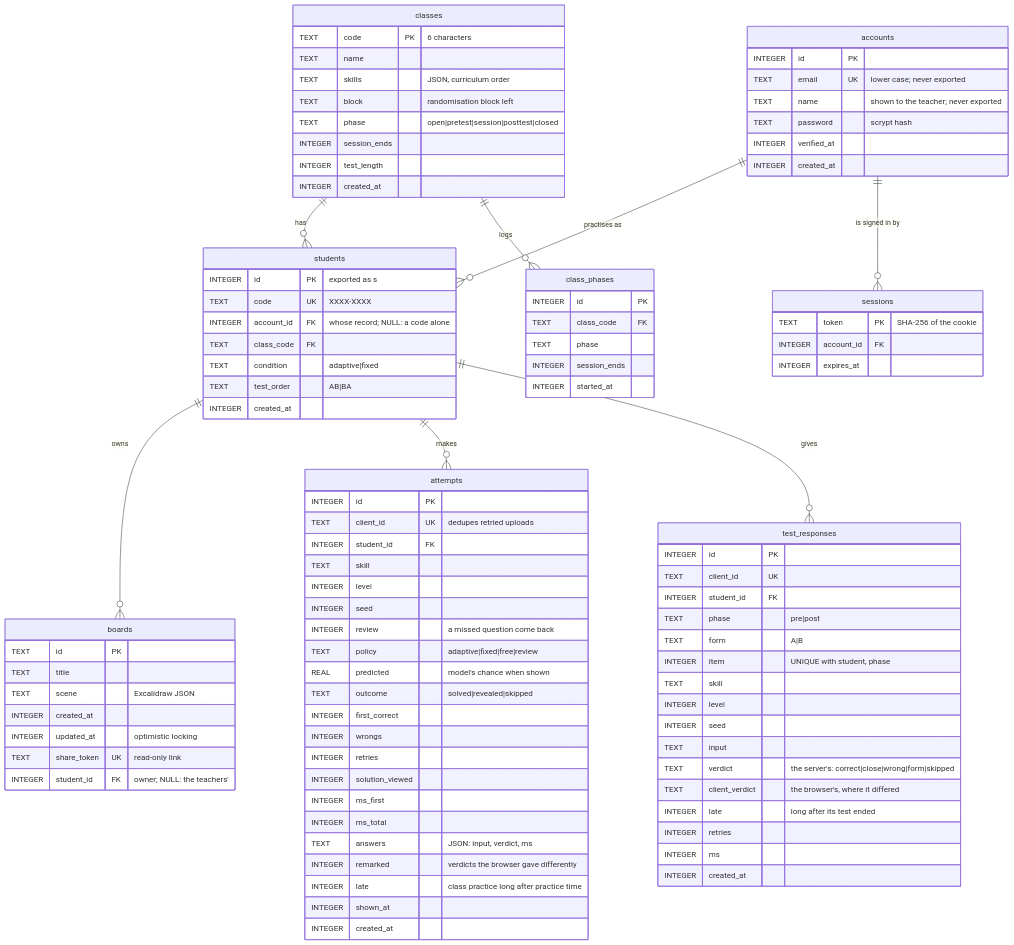
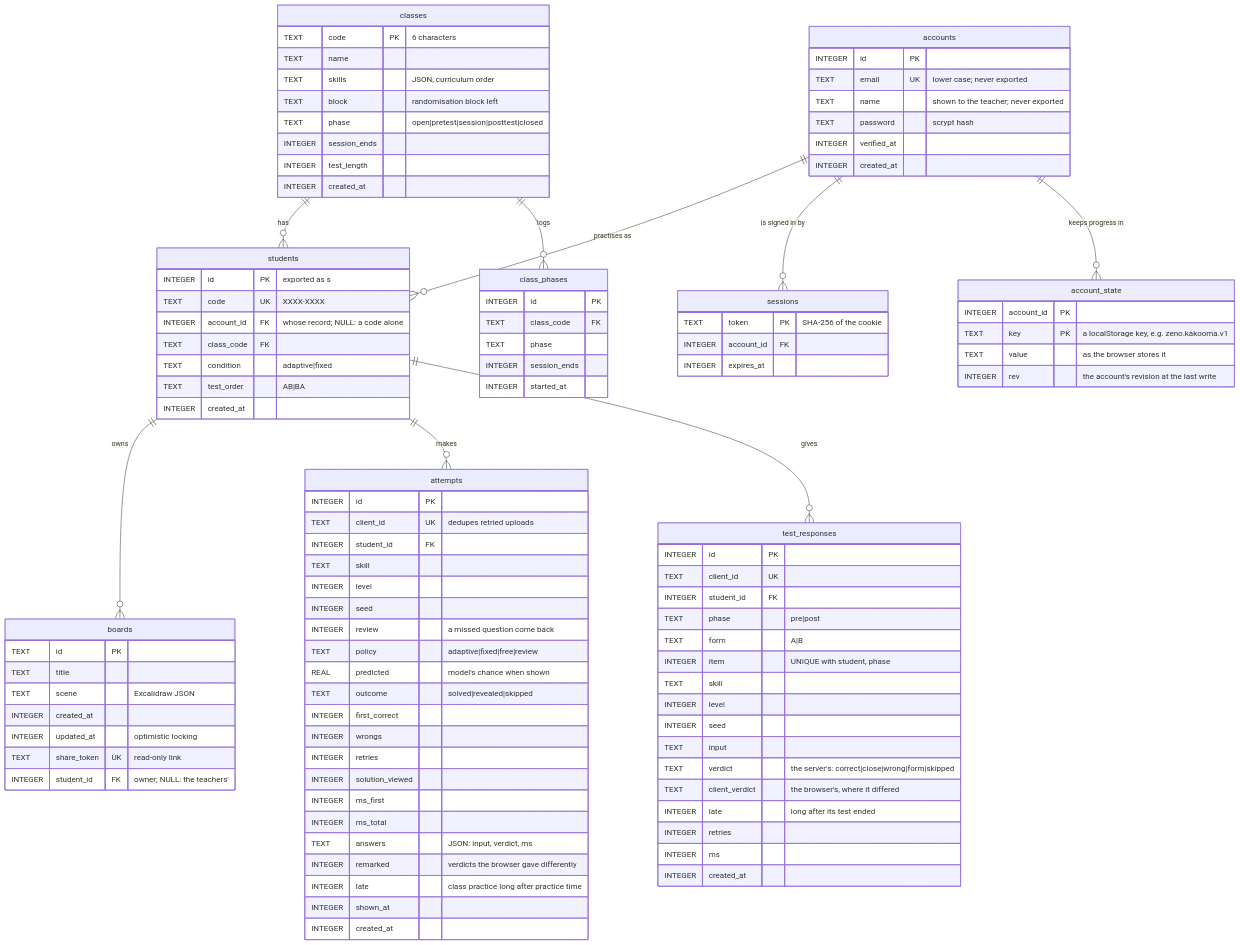
Before and after one commit to DavidTbilisi/zeno-math: the third of 5 diagrams in docs/architecture.md, drawn with Mermaid. The commit also changed other lines of this file and 15 other files, not shown here.

First line of the commit message:
Progress follows the account to any device (#607)

```diff
--- a/docs/architecture.md
+++ b/docs/architecture.md
@@ -114,6 +114,13 @@
     TEXT password "scrypt hash"
     INTEGER verified_at
     INTEGER created_at
+  }
+  accounts ||--o{ account_state : "keeps progress in"
+  account_state {
+    INTEGER account_id PK
+    TEXT key PK "a localStorage key, e.g. zeno.kakooma.v1"
+    TEXT value "as the browser stores it"
+    INTEGER rev "the account's revision at the last write"
   }
   sessions {
     TEXT token PK "SHA-256 of the cookie"
```
